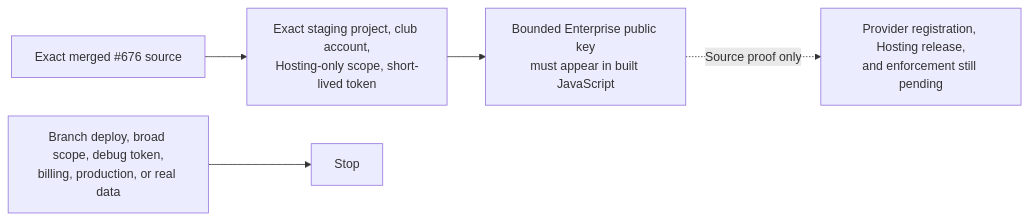
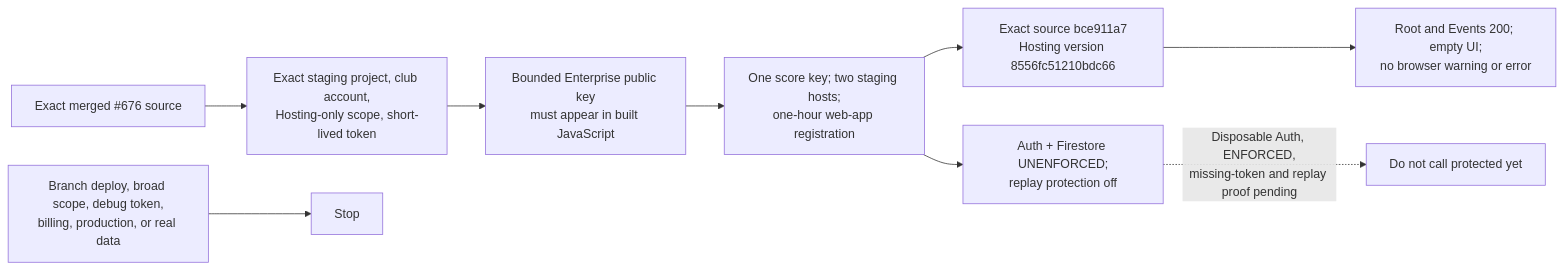
The tenth of 10 diagrams in docs/officers/PUBLISH_AND_CHECK.md (Run-MPRC/Run-MPRC.github.io), drawn with Mermaid before and after one commit. The commit also changed other lines of this file and 9 other files, not shown here.

Commit message:
docs: record staging App Check monitoring checkpoint

````diff
--- a/docs/officers/PUBLISH_AND_CHECK.md
+++ b/docs/officers/PUBLISH_AND_CHECK.md
@@ -541,7 +541,11 @@
 ```mermaid
 flowchart LR
     Source["Exact merged #676 source"] --> Guard["Exact staging project, club account,\nHosting-only scope, short-lived token"]
     Guard --> Artifact["Bounded Enterprise public key\nmust appear in built JavaScript"]
-    Artifact -. "Source proof only" .-> Pending["Provider registration, Hosting release,\nand enforcement still pending"]
+    Artifact --> Provider["One score key; two staging hosts;\none-hour web-app registration"]
+    Provider --> Hosting["Exact source bce911a7\nHosting version 8556fc51210bdc66"]
+    Provider --> Monitor["Auth + Firestore UNENFORCED;\nreplay protection off"]
+    Hosting --> Public["Root and Events 200; empty UI;\nno browser warning or error"]
+    Monitor -. "Disposable Auth, ENFORCED,\nmissing-token and replay proof pending" .-> Pending["Do not call protected yet"]
     Broad["Branch deploy, broad scope, debug token,\nbilling, production, or real data"] --> Stop["Stop"]
 ```
````
